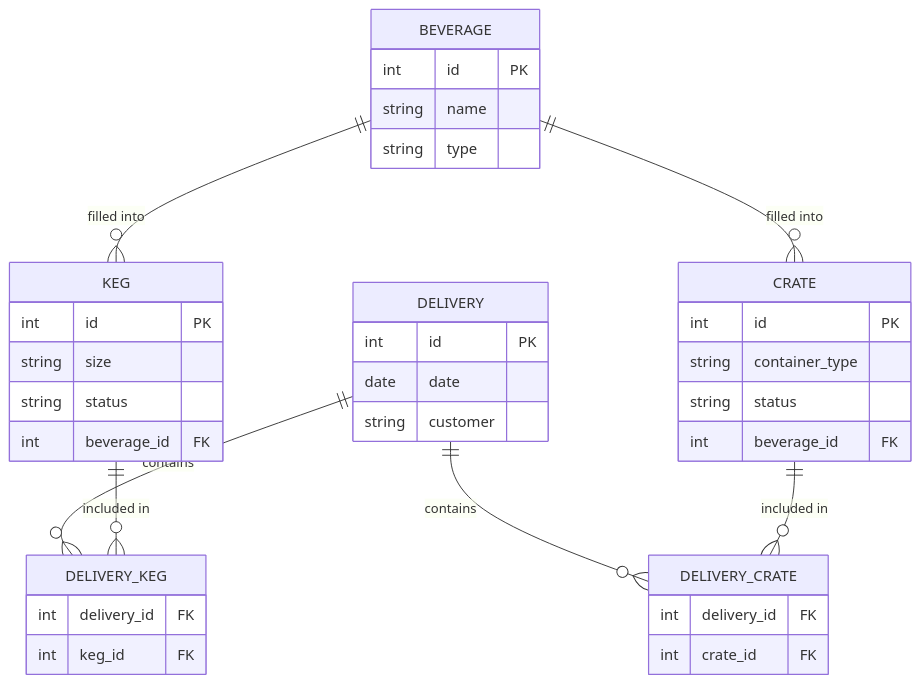
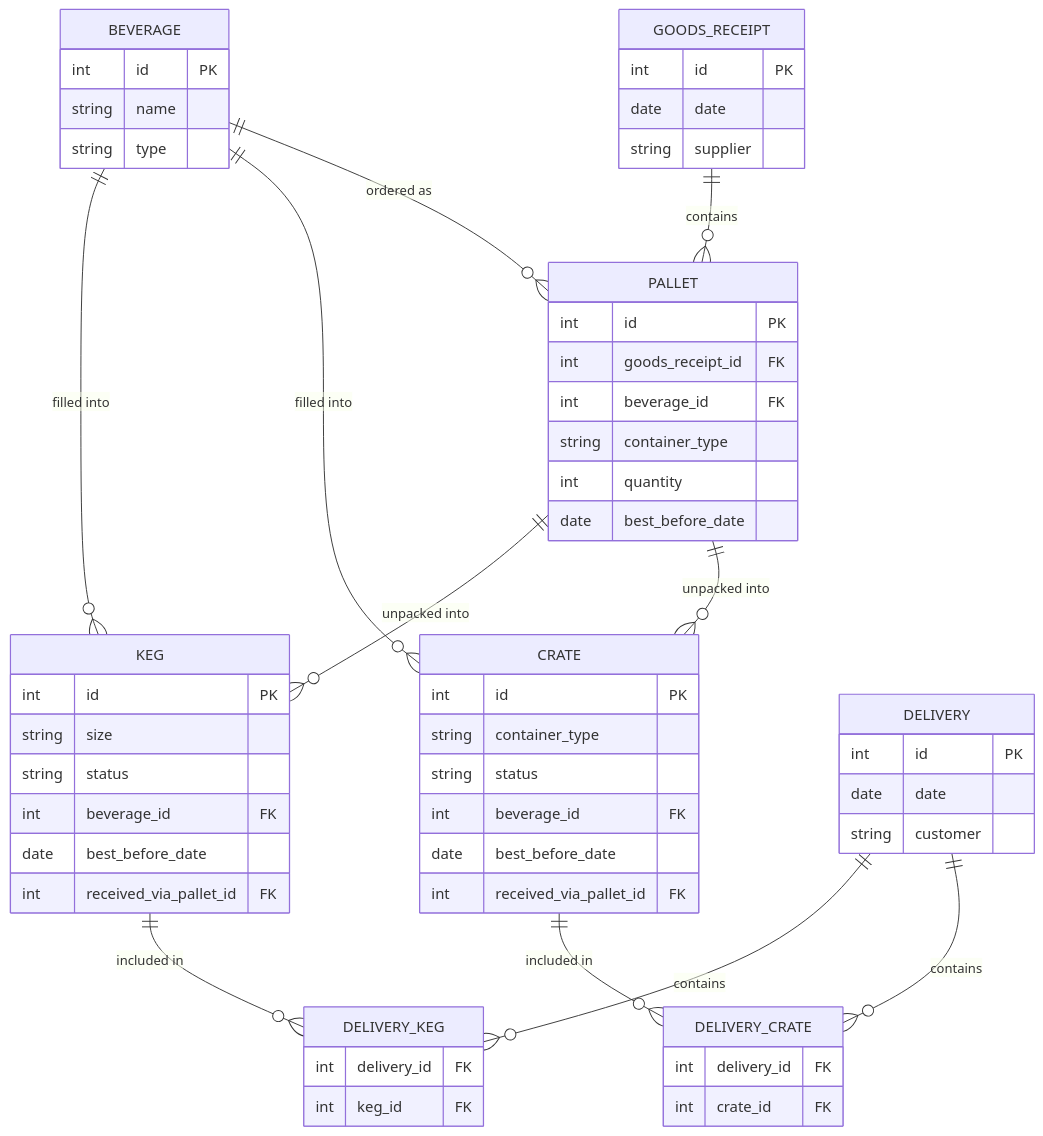
Before and after one commit to Random-Mad-Coder/beverage-logistics-api: the diagram in docs/er-diagram.mmd, drawn with Mermaid. The commit also changed 3 other files, not shown here.

Commit message:
Updated ER diagram and added first use case diagram.

```diff
--- a/docs/er-diagram.mmd
+++ b/docs/er-diagram.mmd
@@ -1,38 +1,59 @@
 erDiagram
     BEVERAGE ||--o{ KEG : "filled into"
     BEVERAGE ||--o{ CRATE : "filled into"
+    BEVERAGE ||--o{ PALLET : "ordered as"
+    GOODS_RECEIPT ||--o{ PALLET : contains
+    PALLET ||--o{ KEG : "unpacked into"
+    PALLET ||--o{ CRATE : "unpacked into"
     DELIVERY ||--o{ DELIVERY_KEG : contains
     KEG ||--o{ DELIVERY_KEG : "included in"
     DELIVERY ||--o{ DELIVERY_CRATE : contains
     CRATE ||--o{ DELIVERY_CRATE : "included in"
 
     BEVERAGE {
         int id PK
         string name
         string type
     }
     KEG {
         int id PK
         string size
         string status
         int beverage_id FK
+        date best_before_date
+        int received_via_pallet_id FK
     }
     CRATE {
         int id PK
         string container_type
         string status
         int beverage_id FK
+        date best_before_date
+        int received_via_pallet_id FK
+    }
+    GOODS_RECEIPT {
+        int id PK
+        date date
+        string supplier
+    }
+    PALLET {
+        int id PK
+        int goods_receipt_id FK
+        int beverage_id FK
+        string container_type
+        int quantity
+        date best_before_date
     }
     DELIVERY {
         int id PK
         date date
         string customer
     }
     DELIVERY_KEG {
         int delivery_id FK
         int keg_id FK
     }
     DELIVERY_CRATE {
         int delivery_id FK
         int crate_id FK
     }
```
